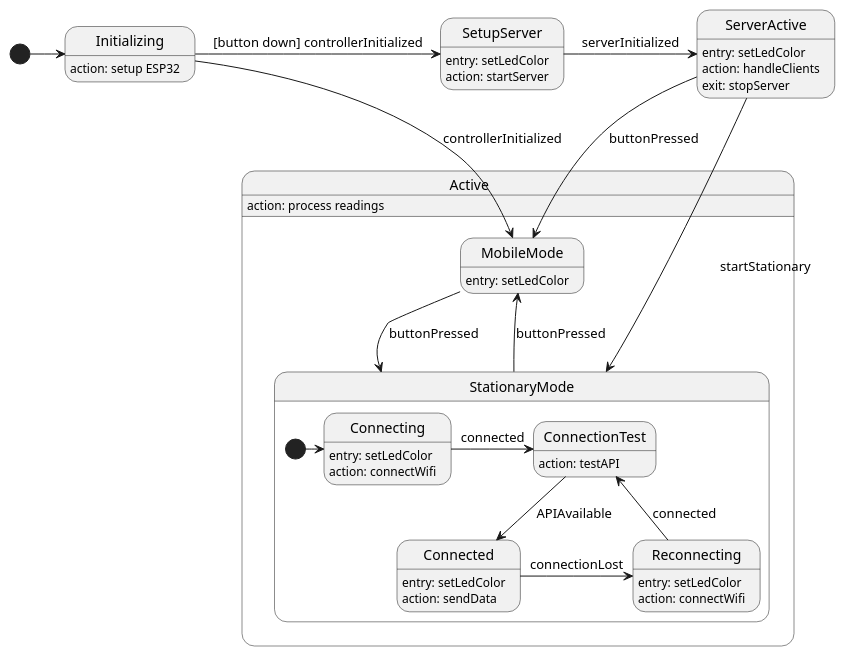
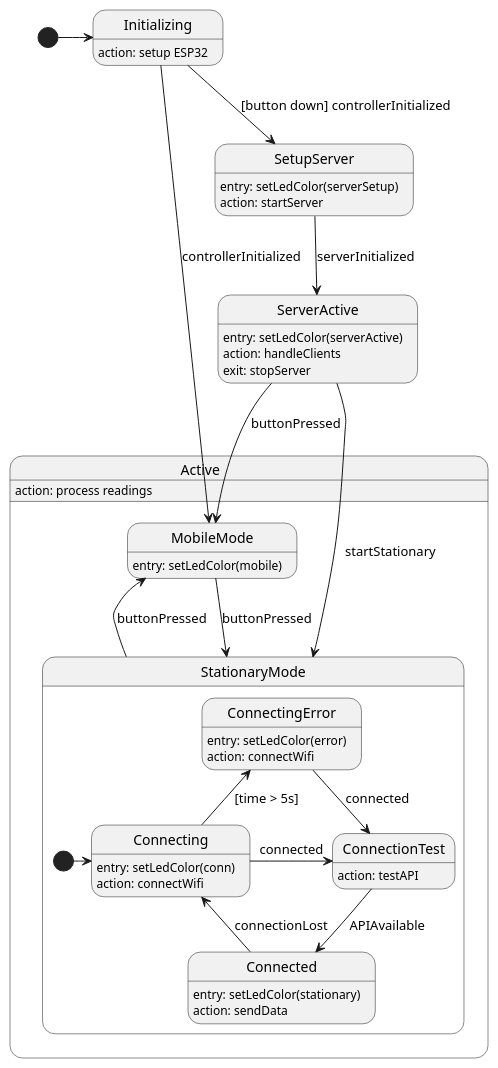
One commit to Safecast/bGeigieCast changed the diagram in designs/diagrams/esp-states.puml. Above: the diagram before and after it, drawn with PlantUML. The commit also changed 1 other file, not shown here.

```diff
--- a/designs/diagrams/esp-states.puml
+++ b/designs/diagrams/esp-states.puml
@@ -1,63 +1,61 @@
 @startuml
 
 State Initializing
 Initializing: action: setup ESP32
 state SetupServer
-SetupServer: entry: setLedColor
+SetupServer: entry: setLedColor(serverSetup)
 SetupServer: action: startServer
 state ServerActive
-ServerActive: entry: setLedColor
+ServerActive: entry: setLedColor(serverActive)
 ServerActive: action: handleClients
 ServerActive: exit: stopServer
 State Active
 Active: action: process readings
 
 
 state Active {
     state StationaryMode
     state MobileMode
-    MobileMode: entry: setLedColor
+    MobileMode: entry: setLedColor(mobile)
 
     state StationaryMode {
         state Connecting
-        Connecting: entry: setLedColor
+        Connecting: entry: setLedColor(conn)
         Connecting: action: connectWifi
+        state ConnectingError
+        ConnectingError: entry: setLedColor(error)
+        ConnectingError: action: connectWifi
         state ConnectionTest
         ConnectionTest: action: testAPI
         state Connected
-        Connected: entry: setLedColor
+        Connected: entry: setLedColor(stationary)
         Connected: action: sendData
-        state Reconnecting
-        Reconnecting: entry: setLedColor
-        Reconnecting: action: connectWifi
 
         [*] -> Connecting
         Connecting -> ConnectionTest : connected
         ConnectionTest --> Connected : APIAvailable
-        Connected -> Reconnecting : connectionLost
-        Reconnecting -l-> ConnectionTest : connected
-
-        ''' This next line messes up the diagram, but its still important
-'        Connecting -> MobileMode: connectionFailed
+        Connected -> Connecting: connectionLost
+        Connecting -u-> ConnectingError : [time > 5s]
+        ConnectingError -d-> ConnectionTest: connected
     }
 
 
     MobileMode -d-> StationaryMode : buttonPressed
     StationaryMode -u-> MobileMode : buttonPressed
 }
 
 [*] -> Initializing
-Initializing -> SetupServer : [button down] controllerInitialized
+Initializing --> SetupServer : [button down] controllerInitialized
 Initializing --> MobileMode : controllerInitialized
 
-SetupServer -> ServerActive : serverInitialized
+SetupServer --> ServerActive : serverInitialized
 ServerActive --> MobileMode : buttonPressed
 ServerActive --> StationaryMode : startStationary
 
 ''' Layout
 Initializing -[hidden]-> Active
 MobileMode -[hidden]> StationaryMode
 
 
 
 @enduml
```
